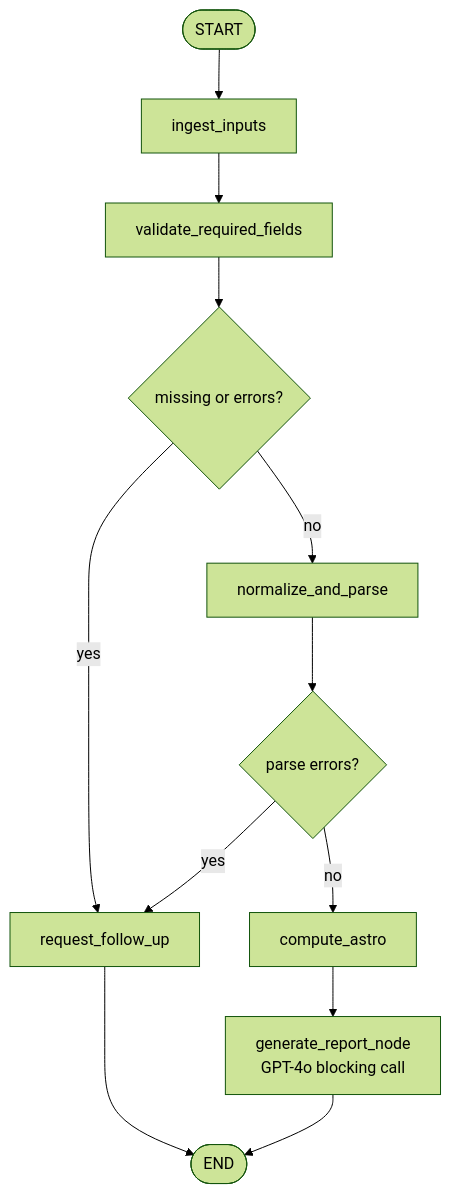
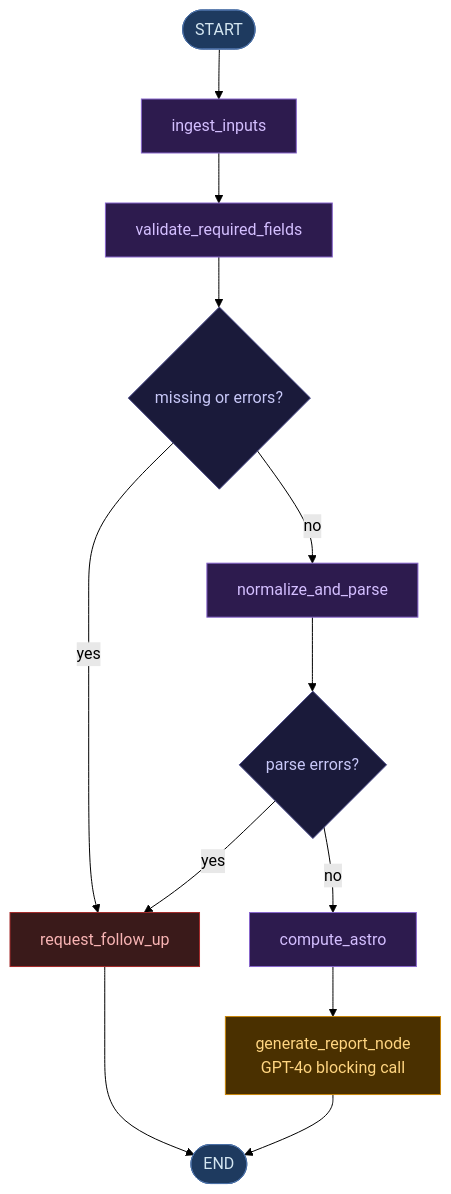
One commit to swamyswamynathan123/personalastrologeragent changed the third of 12 diagrams in Architecture.md. Above: the diagram before and after it, drawn with Mermaid (forest theme). The commit also changed other lines of this file, not shown here.

````diff
--- a/Architecture.md
+++ b/Architecture.md
@@ -61,14 +91,26 @@
 ```mermaid
 flowchart TD
-    S([START]) --> A[ingest_inputs]
-    A --> B[validate_required_fields]
-    B --> C{missing or errors?}
-    C -- yes --> D[request_follow_up]
-    C -- no --> E[normalize_and_parse]
-    E --> F{parse errors?}
+    classDef uiNode fill:#1e3a5f,stroke:#4a6fa5,color:#d4e6f1
+    classDef processNode fill:#2d1b4e,stroke:#8866cc,color:#d4bfff
+    classDef errorNode fill:#3a1a1a,stroke:#a52a2a,color:#f8b4b4
+    classDef llmNode fill:#4a3000,stroke:#c8860a,color:#ffd580
+    classDef outputNode fill:#1a3a2a,stroke:#2d7a4f,color:#a8d8b8
+    classDef decisionNode fill:#1a1a3a,stroke:#4a4a8a,color:#c8c8f8
+
+    S([START]):::uiNode
+    A[ingest_inputs]:::processNode
+    B[validate_required_fields]:::processNode
+    C{missing or errors?}:::decisionNode
+    D[request_follow_up]:::errorNode
+    E[normalize_and_parse]:::processNode
+    F{parse errors?}:::decisionNode
+    G[compute_astro]:::processNode
+    H[generate_report_node\nGPT-4o blocking call]:::llmNode
+    Z([END]):::uiNode
+
+    S --> A --> B --> C
+    C -- yes --> D --> Z
+    C -- no --> E --> F
     F -- yes --> D
-    F -- no --> G[compute_astro]
-    D --> Z([END])
-    G --> H[generate_report_node\nGPT-4o blocking call]
-    H --> Z
+    F -- no --> G --> H --> Z
 ```
````
